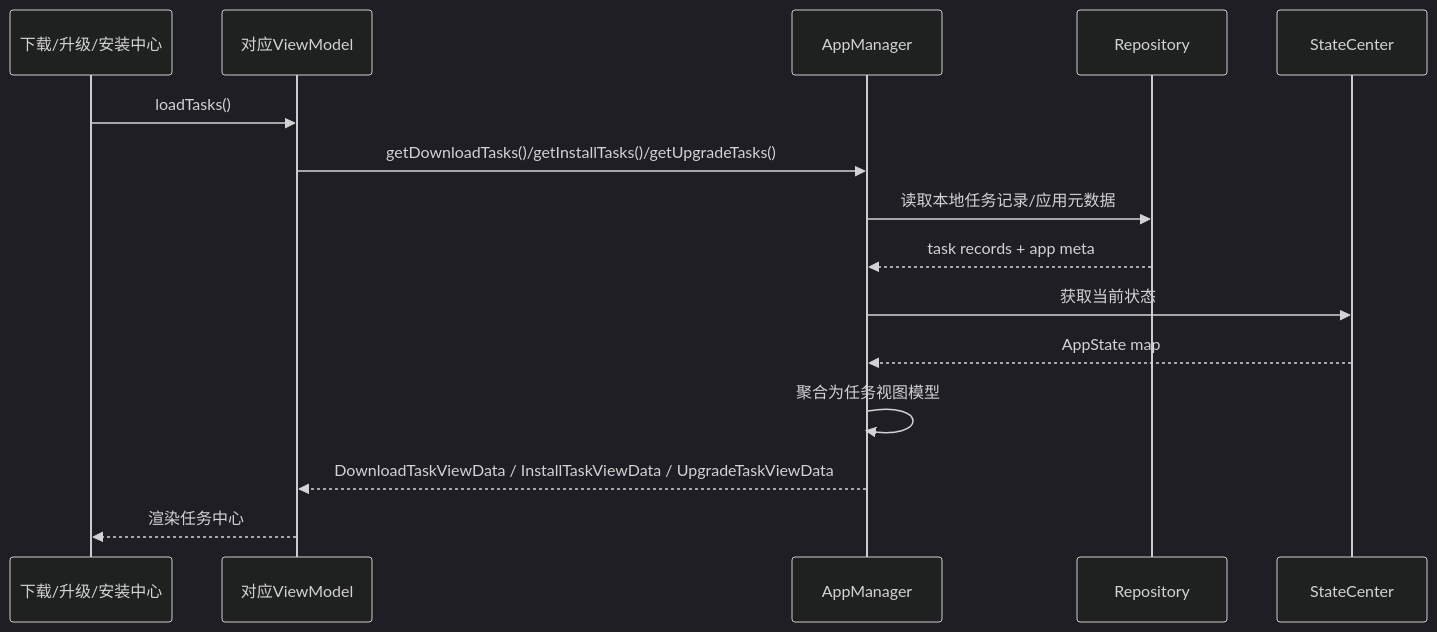
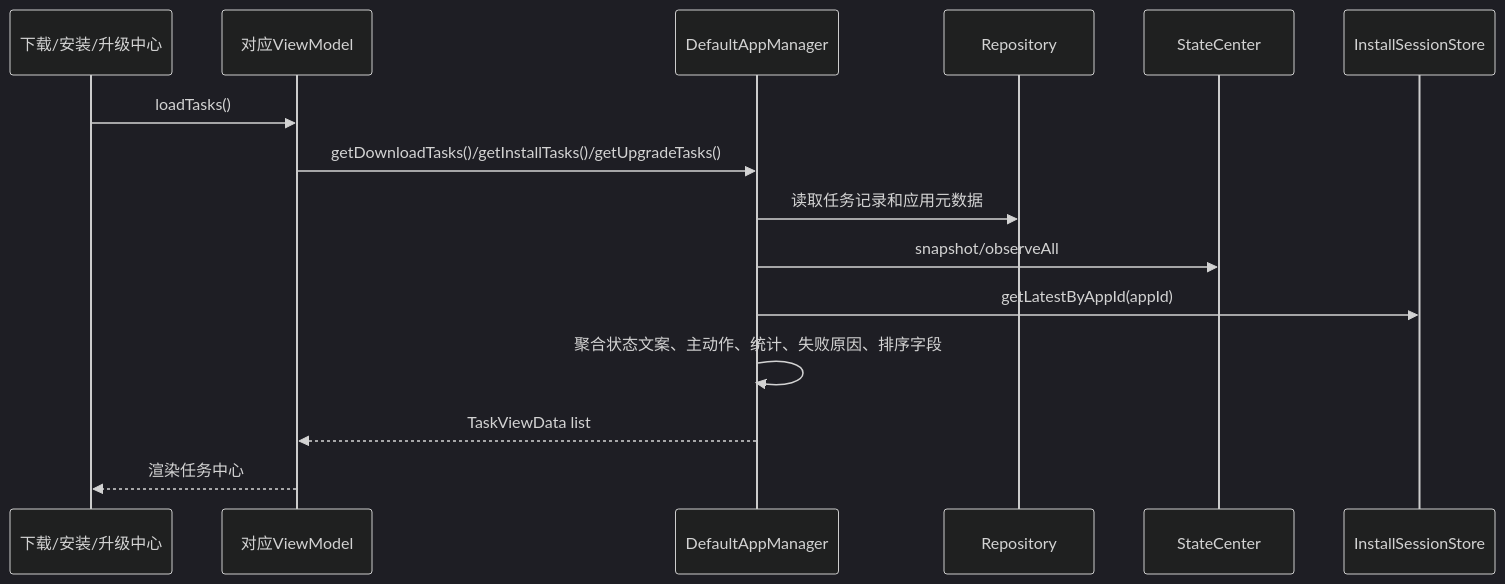
Before and after one commit to XZQ/CarAppStore: the fourth of 4 diagrams in docs/14-应用管理模块架构与流程.md, drawn with Mermaid (dark theme). The commit also changed other lines of this file and 35 other files, not shown here.

Commit message:
Docs: reorganize architecture docs and handoff guide

````diff
--- a/docs/14-应用管理模块架构与流程.md
+++ b/docs/14-应用管理模块架构与流程.md
@@ -155,21 +139,19 @@
 ```mermaid
 sequenceDiagram
-participant UI as 下载/升级/安装中心
+participant UI as 下载/安装/升级中心
 participant VM as 对应ViewModel
-participant AM as AppManager
+participant AM as DefaultAppManager
 participant REPO as Repository
 participant SC as StateCenter
+participant ISS as InstallSessionStore
 
 UI->>VM: loadTasks()
 VM->>AM: getDownloadTasks()/getInstallTasks()/getUpgradeTasks()
 
-AM->>REPO: 读取本地任务记录/应用元数据
-REPO-->>AM: task records + app meta
-
-AM->>SC: 获取当前状态
-SC-->>AM: AppState map
-
-AM->>AM: 聚合为任务视图模型
-AM-->>VM: DownloadTaskViewData / InstallTaskViewData / UpgradeTaskViewData
+AM->>REPO: 读取任务记录和应用元数据
+AM->>SC: snapshot/observeAll
+AM->>ISS: getLatestByAppId(appId)
+AM->>AM: 聚合状态文案、主动作、统计、失败原因、排序字段
+AM-->>VM: TaskViewData list
 VM-->>UI: 渲染任务中心
 ```
````
